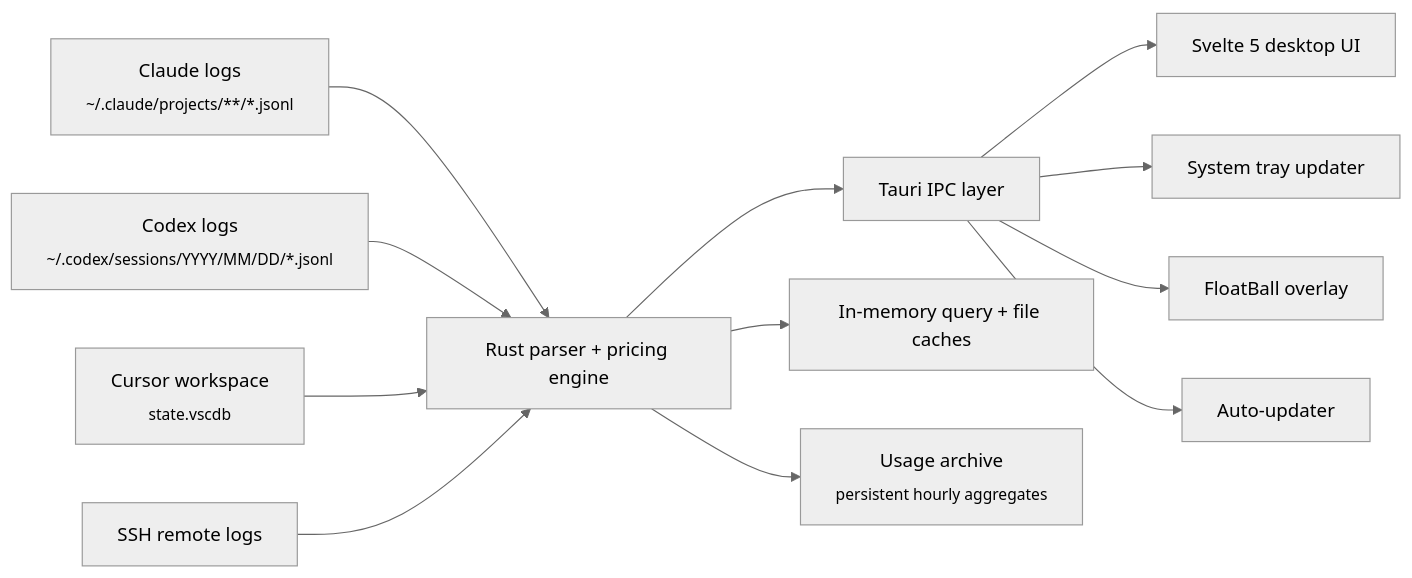
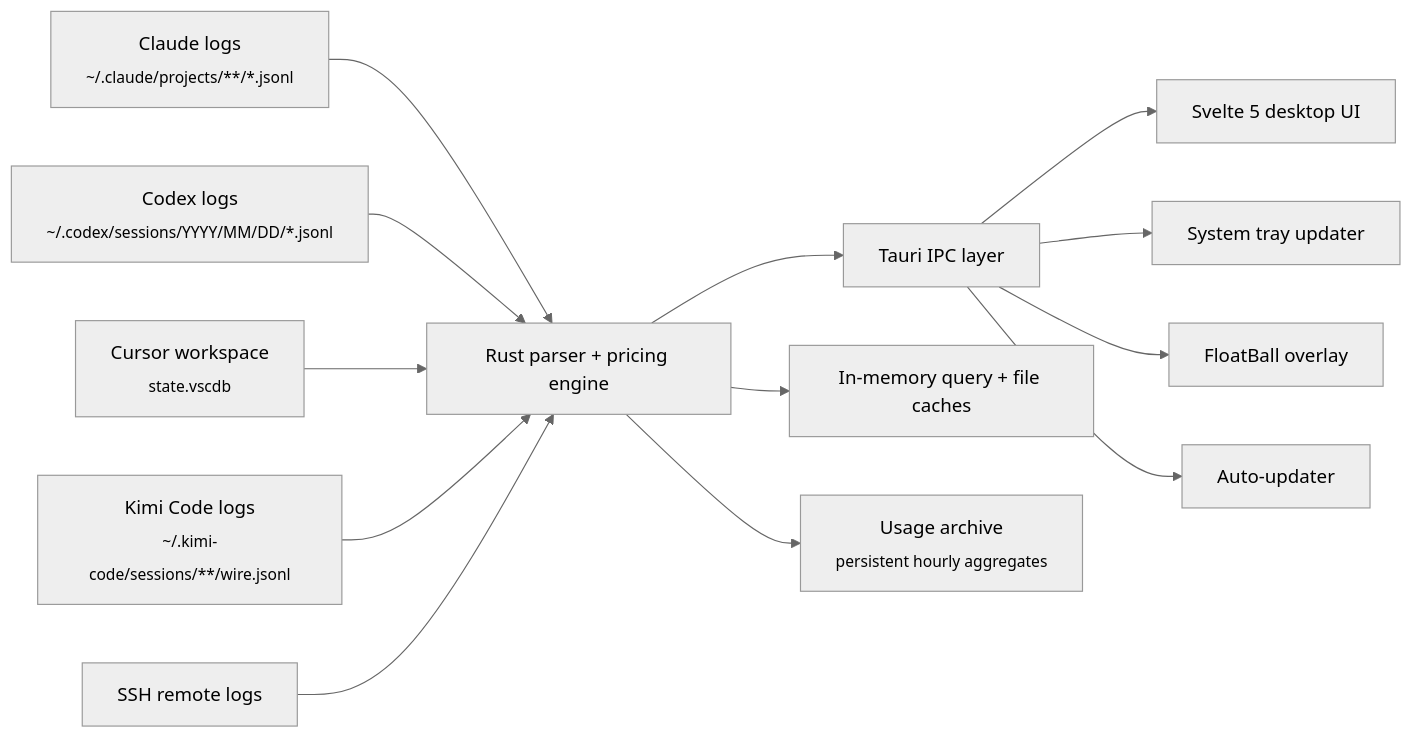
The diagram in README.md (TzJ2006/TokenMonitor), drawn with Mermaid (neutral theme) before and after one commit. The commit also changed other lines of this file and 20 other files, not shown here.

First line of the commit message:
feat(usage): add Kimi Code usage tracking

````diff
--- a/README.md
+++ b/README.md
@@ -254,14 +255,15 @@
 ```mermaid
 graph LR
     A["Claude logs<br/><sub>~/.claude/projects/**/*.jsonl</sub>"] --> B["Rust parser + pricing engine"]
     D["Codex logs<br/><sub>~/.codex/sessions/YYYY/MM/DD/*.jsonl</sub>"] --> B
     K["Cursor workspace<br/><sub>state.vscdb</sub>"] --> B
+    M["Kimi Code logs<br/><sub>~/.kimi-code/sessions/**/wire.jsonl</sub>"] --> B
     S["SSH remote logs"] --> B
     B --> C["Tauri IPC layer"]
     C --> E["Svelte 5 desktop UI"]
     C --> F["System tray updater"]
     C --> H["FloatBall overlay"]
     C --> U["Auto-updater"]
     B --> G["In-memory query + file caches"]
     B --> AR["Usage archive<br/><sub>persistent hourly aggregates</sub>"]
 ```
````
